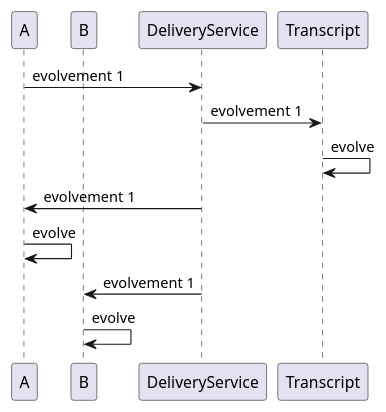
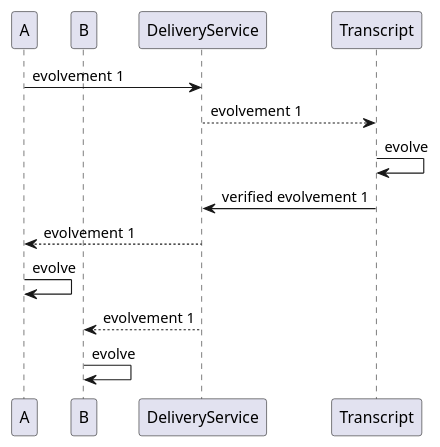
Before and after one commit to phnx-im/hpi-evolving-identity: the diagram in documentation/src/concepts.md, drawn with PlantUML. The commit also changed other lines of this file, not shown here.

````diff
--- a/documentation/src/concepts.md
+++ b/documentation/src/concepts.md
@@ -3,17 +3,18 @@
 ```plantuml
 @startuml
 participant A order 1
 participant B order 2
 participant DeliveryService order 3
 participant Transcript order 4
 
 A -> DeliveryService : evolvement 1
-DeliveryService -> Transcript: evolvement 1
+DeliveryService --> Transcript: evolvement 1
 Transcript -> Transcript: evolve
-DeliveryService -> A: evolvement 1
+Transcript -> DeliveryService: verified evolvement 1
+DeliveryService --> A: evolvement 1
 A -> A : evolve
-DeliveryService -> B: evolvement 1
+DeliveryService --> B: evolvement 1
 B -> B: evolve
 
 @enduml
 ```
````
